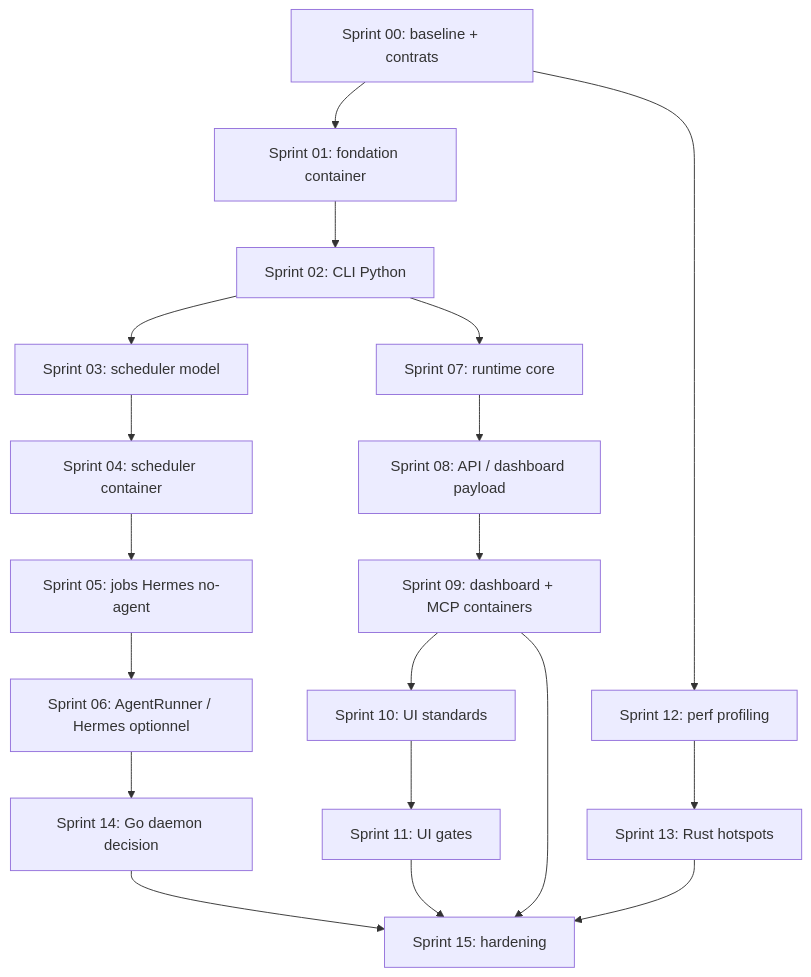
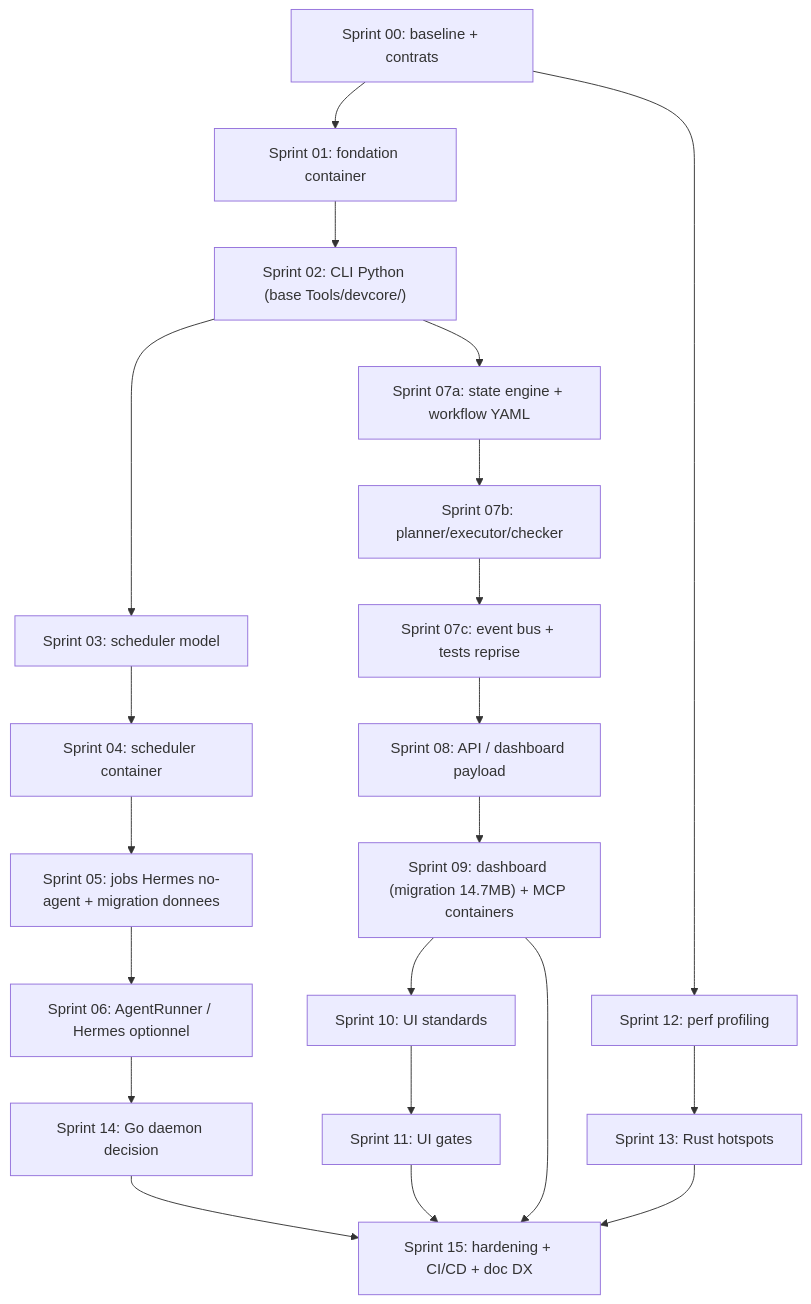
One commit to trabelssi38/devcore changed the diagram in docs/DEV_CORE_v10_UNIFIED_IMPLEMENTATION_ROADMAP.md. Above: the diagram before and after it, drawn with Mermaid. The commit also changed other lines of this file, not shown here.

Commit message:
docs: integrate 12 amendments from codebase audit into v10 roadmap [T-225]

````diff
--- a/docs/DEV_CORE_v10_UNIFIED_IMPLEMENTATION_ROADMAP.md
+++ b/docs/DEV_CORE_v10_UNIFIED_IMPLEMENTATION_ROADMAP.md
@@ -507,21 +555,23 @@
 ```mermaid
 flowchart TD
     A["Sprint 00: baseline + contrats"] --> B["Sprint 01: fondation container"]
-    B --> C["Sprint 02: CLI Python"]
+    B --> C["Sprint 02: CLI Python (base Tools/devcore/)"]
     C --> D["Sprint 03: scheduler model"]
     D --> E["Sprint 04: scheduler container"]
-    E --> F["Sprint 05: jobs Hermes no-agent"]
+    E --> F["Sprint 05: jobs Hermes no-agent + migration donnees"]
     F --> G["Sprint 06: AgentRunner / Hermes optionnel"]
-    C --> H["Sprint 07: runtime core"]
-    H --> I["Sprint 08: API / dashboard payload"]
-    I --> J["Sprint 09: dashboard + MCP containers"]
+    C --> H1["Sprint 07a: state engine + workflow YAML"]
+    H1 --> H2["Sprint 07b: planner/executor/checker"]
+    H2 --> H3["Sprint 07c: event bus + tests reprise"]
+    H3 --> I["Sprint 08: API / dashboard payload"]
+    I --> J["Sprint 09: dashboard (migration 14.7MB) + MCP containers"]
     J --> K["Sprint 10: UI standards"]
     K --> L["Sprint 11: UI gates"]
     A --> M["Sprint 12: perf profiling"]
     M --> N["Sprint 13: Rust hotspots"]
     G --> O["Sprint 14: Go daemon decision"]
-    J --> P["Sprint 15: hardening"]
+    J --> P["Sprint 15: hardening + CI/CD + doc DX"]
     L --> P
     N --> P
     O --> P
 ```
````
